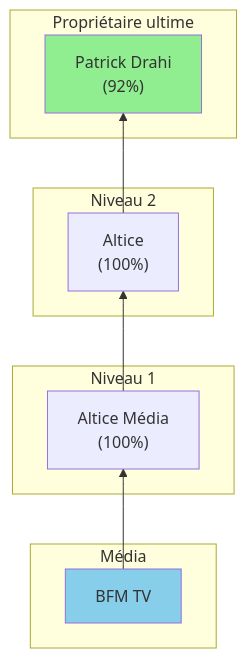
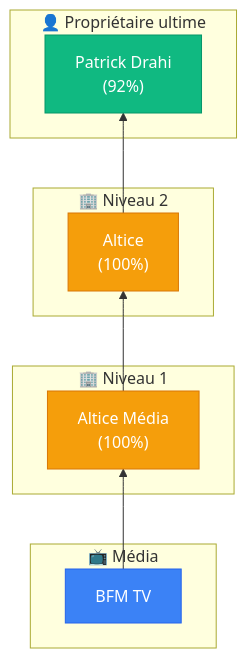
Before and after one commit to cedric-famibelle-pronzola/medias-francais-api: the tenth of 14 diagrams in docs/diagrams.md, drawn with Mermaid. The commit also changed other lines of this file, not shown here.

Commit message:
docs: improve mermaid styles

````diff
--- a/docs/diagrams.md
+++ b/docs/diagrams.md
@@ -372,25 +446,27 @@
 ```mermaid
 flowchart BT
-    subgraph Media["Média"]
+    subgraph Media["📺 Média"]
         BFM["BFM TV"]
     end
 
-    subgraph Niveau1["Niveau 1"]
+    subgraph Niveau1["🏢 Niveau 1"]
         AM["Altice Média<br/>(100%)"]
     end
 
-    subgraph Niveau2["Niveau 2"]
+    subgraph Niveau2["🏢 Niveau 2"]
         ALT["Altice<br/>(100%)"]
     end
 
-    subgraph Niveau3["Propriétaire ultime"]
+    subgraph Niveau3["👤 Propriétaire ultime"]
         PD["Patrick Drahi<br/>(92%)"]
     end
 
     BFM --> AM
     AM --> ALT
     ALT --> PD
 
-    style PD fill:#90EE90
-    style BFM fill:#87CEEB
+    style BFM fill:#3b82f6,stroke:#2563eb,color:#fff
+    style AM fill:#f59e0b,stroke:#d97706,color:#fff
+    style ALT fill:#f59e0b,stroke:#d97706,color:#fff
+    style PD fill:#10b981,stroke:#059669,color:#fff
 ```
````
